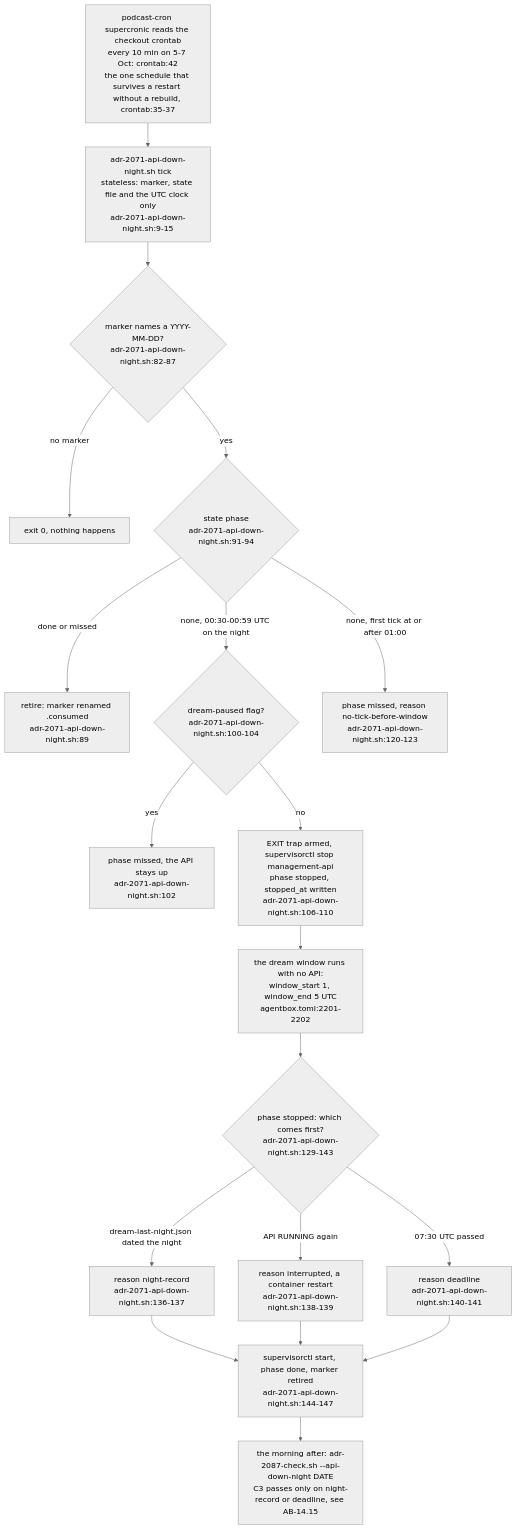
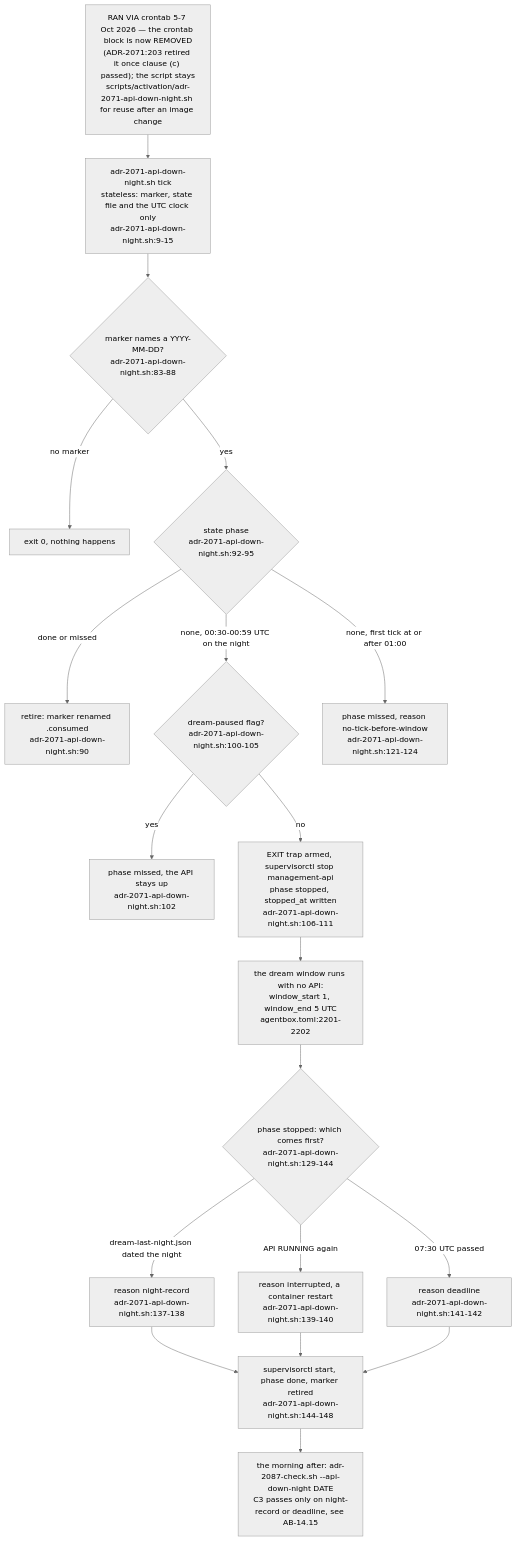
One commit to DreamLab-AI/VisionFlow changed diagram 19 of 20 in docs/diagrams/agentbox/23-dream-engine.md. Above: the diagram before and after it, drawn with Mermaid (neutral theme). The commit also changed other lines of this file and 111 other files, not shown here.

Commit message:
docs(diagrams): align estate maps with current source

````diff
--- a/docs/diagrams/agentbox/23-dream-engine.md
+++ b/docs/diagrams/agentbox/23-dream-engine.md
@@ -969,22 +969,22 @@
 ```mermaid
 flowchart TB
-    CRON["podcast-cron supercronic reads the checkout crontab<br/>every 10 min on 5-7 Oct: crontab:42<br/>the one schedule that survives a restart without a rebuild, crontab:35-37"]
+    CRON["RAN VIA crontab 5-7 Oct 2026 — the crontab block is now REMOVED<br/>#40;ADR-2071:203 retired it once clause #40;c#41; passed#41;; the script stays<br/>scripts/activation/adr-2071-api-down-night.sh for reuse after an image change"]
     CRON --> TICK["adr-2071-api-down-night.sh tick<br/>stateless: marker, state file and the UTC clock only<br/>adr-2071-api-down-night.sh:9-15"]
-    TICK --> MK{"marker names a YYYY-MM-DD?<br/>adr-2071-api-down-night.sh:82-87"}
+    TICK --> MK{"marker names a YYYY-MM-DD?<br/>adr-2071-api-down-night.sh:83-88"}
     MK -->|"no marker"| NOOP["exit 0, nothing happens"]
-    MK -->|"yes"| PH{"state phase<br/>adr-2071-api-down-night.sh:91-94"}
-    PH -->|"done or missed"| RET["retire: marker renamed .consumed<br/>adr-2071-api-down-night.sh:89"]
-    PH -->|"none, 00:30-00:59 UTC on the night"| PAUSE{"dream-paused flag?<br/>adr-2071-api-down-night.sh:100-104"}
+    MK -->|"yes"| PH{"state phase<br/>adr-2071-api-down-night.sh:92-95"}
+    PH -->|"done or missed"| RET["retire: marker renamed .consumed<br/>adr-2071-api-down-night.sh:90"]
+    PH -->|"none, 00:30-00:59 UTC on the night"| PAUSE{"dream-paused flag?<br/>adr-2071-api-down-night.sh:100-105"}
     PAUSE -->|"yes"| MISS["phase missed, the API stays up<br/>adr-2071-api-down-night.sh:102"]
-    PAUSE -->|"no"| STOP["EXIT trap armed, supervisorctl stop management-api<br/>phase stopped, stopped_at written<br/>adr-2071-api-down-night.sh:106-110"]
-    PH -->|"none, first tick at or after 01:00"| MISS2["phase missed, reason no-tick-before-window<br/>adr-2071-api-down-night.sh:120-123"]
+    PAUSE -->|"no"| STOP["EXIT trap armed, supervisorctl stop management-api<br/>phase stopped, stopped_at written<br/>adr-2071-api-down-night.sh:106-111"]
+    PH -->|"none, first tick at or after 01:00"| MISS2["phase missed, reason no-tick-before-window<br/>adr-2071-api-down-night.sh:121-124"]
     STOP --> NIGHT["the dream window runs with no API:<br/>window_start 1, window_end 5 UTC<br/>agentbox.toml:2201-2202"]
-    NIGHT --> RS{"phase stopped: which comes first?<br/>adr-2071-api-down-night.sh:129-143"}
-    RS -->|"dream-last-night.json dated the night"| R1["reason night-record<br/>adr-2071-api-down-night.sh:136-137"]
-    RS -->|"API RUNNING again"| R2["reason interrupted, a container restart<br/>adr-2071-api-down-night.sh:138-139"]
-    RS -->|"07:30 UTC passed"| R3["reason deadline<br/>adr-2071-api-down-night.sh:140-141"]
-    R1 --> START["supervisorctl start, phase done, marker retired<br/>adr-2071-api-down-night.sh:144-147"]
+    NIGHT --> RS{"phase stopped: which comes first?<br/>adr-2071-api-down-night.sh:129-144"}
+    RS -->|"dream-last-night.json dated the night"| R1["reason night-record<br/>adr-2071-api-down-night.sh:137-138"]
+    RS -->|"API RUNNING again"| R2["reason interrupted, a container restart<br/>adr-2071-api-down-night.sh:139-140"]
+    RS -->|"07:30 UTC passed"| R3["reason deadline<br/>adr-2071-api-down-night.sh:141-142"]
+    R1 --> START["supervisorctl start, phase done, marker retired<br/>adr-2071-api-down-night.sh:144-148"]
     R2 --> START
     R3 --> START
     START --> CHK["the morning after: adr-2087-check.sh --api-down-night DATE<br/>C3 passes only on night-record or deadline, see AB-14.15"]
 ```
````
